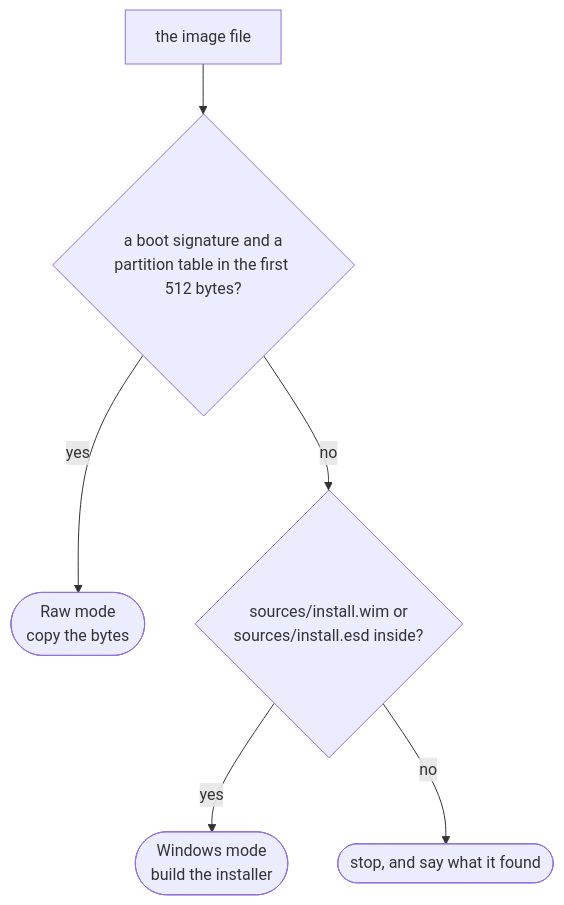
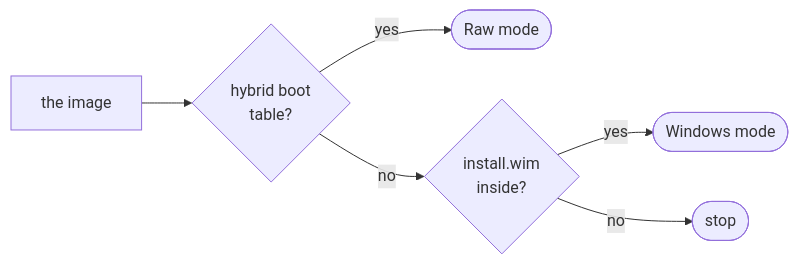
Before and after one commit to Stiven-Gjekaj/burnout: the diagram in README.md, drawn with Mermaid. The commit also changed other lines of this file, not shown here.

Commit message:
docs: make the detection diagram compact

````diff
--- a/README.md
+++ b/README.md
@@ -123,8 +123,8 @@
 ```mermaid
-flowchart TD
-    A[the image file] --> B{a boot signature and a<br/>partition table in the first 512 bytes?}
-    B -- yes --> C([Raw mode<br/>copy the bytes])
-    B -- no --> D{sources/install.wim or<br/>sources/install.esd inside?}
-    D -- yes --> E([Windows mode<br/>build the installer])
-    D -- no --> F([stop, and say what it found])
+flowchart LR
+    A[the image] --> B{hybrid boot<br/>table?}
+    B -- yes --> C([Raw mode])
+    B -- no --> D{install.wim<br/>inside?}
+    D -- yes --> E([Windows mode])
+    D -- no --> F([stop])
 ```
````
